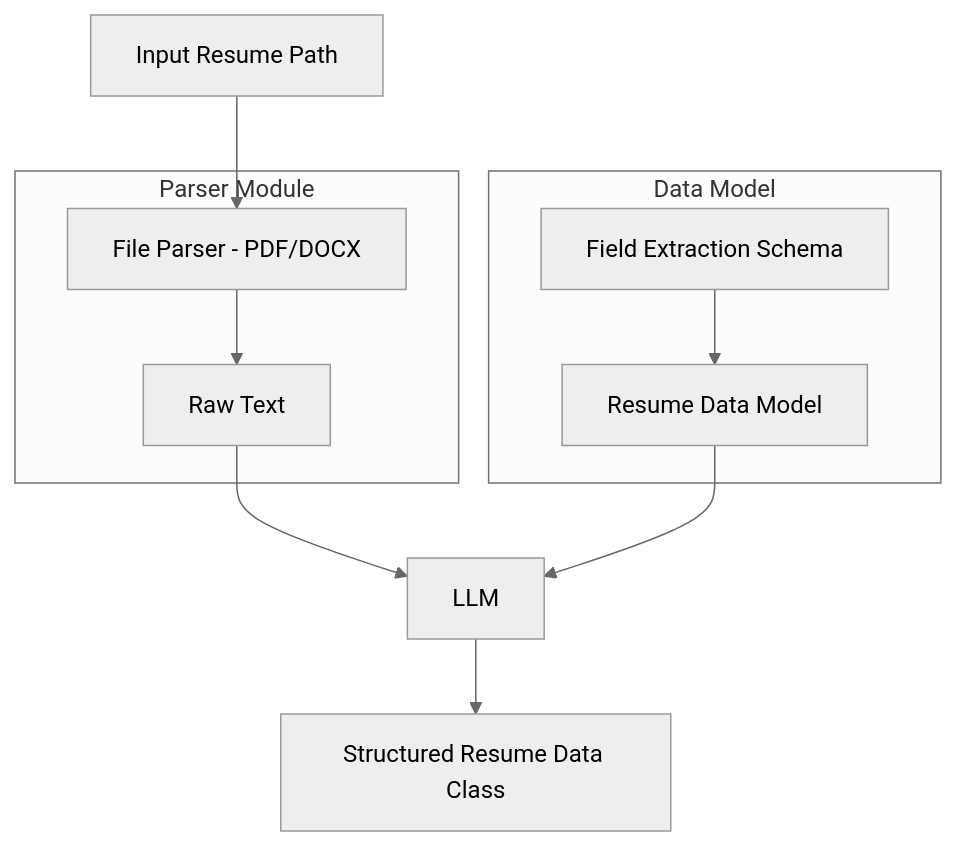
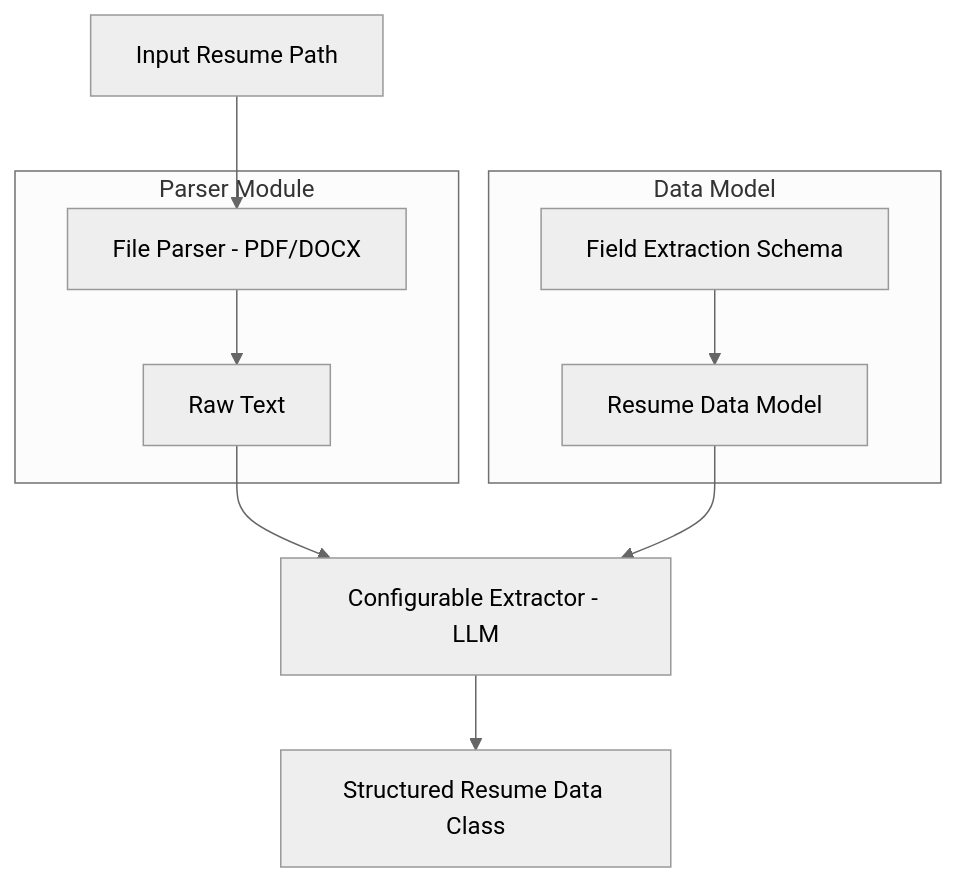
Before and after one commit to dathpham/pr_resume_parser: the diagram in README.md, drawn with Mermaid (neutral theme).

````diff
--- a/README.md
+++ b/README.md
@@ -7,17 +7,17 @@
 ```mermaid
 graph TD
     A[Input Resume Path] --> B[File Parser - PDF/DOCX]
 
     subgraph Parser Module
     B --> B1[Raw Text]
     end
-    B1 --> LLM
+    B1 --> L[Configurable Extractor - LLM]
 
     subgraph Data Model
     B2[Field Extraction Schema] --> B3[Resume Data Model]
 
     end
-    B3[Resume Data Model]--> LLM
-    LLM --> E[Structured Resume Data Class]
+    B3[Resume Data Model]--> L[Configurable Extractor - LLM]
+    L[Configurable Extractor - LLM] --> E[Structured Resume Data Class]
 
 ```
````
